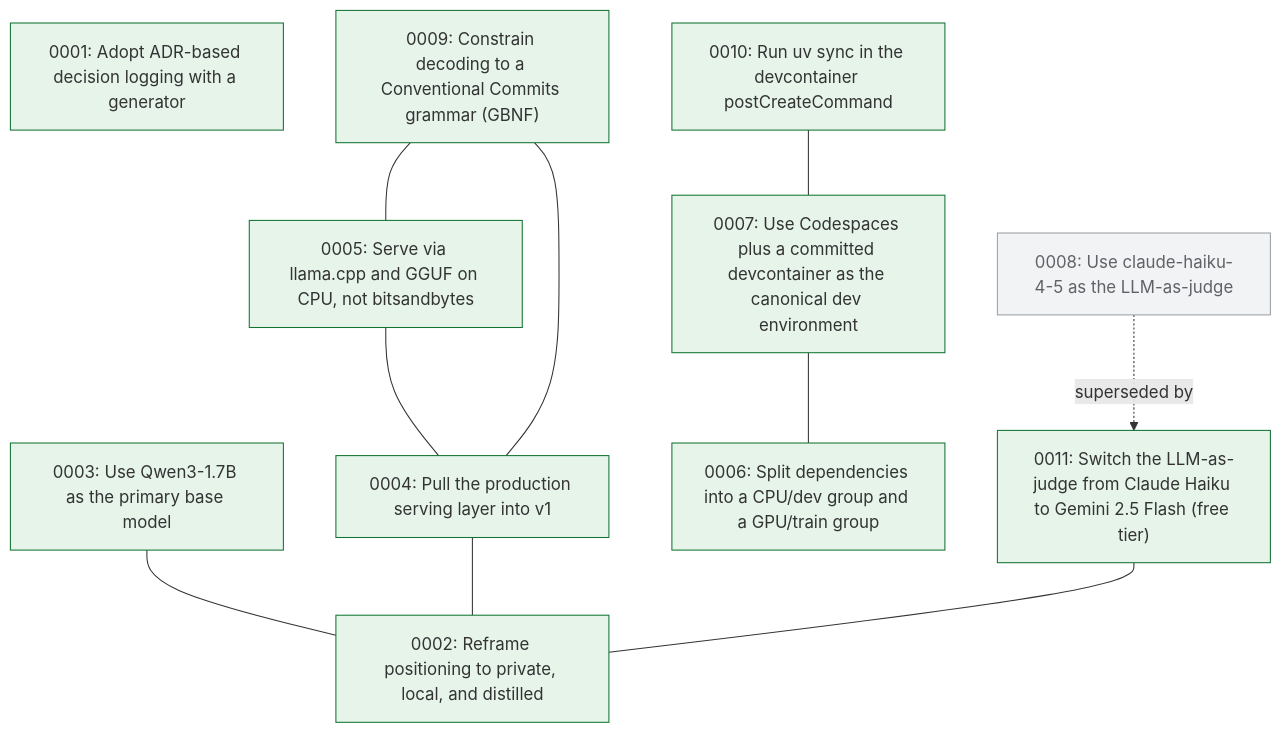
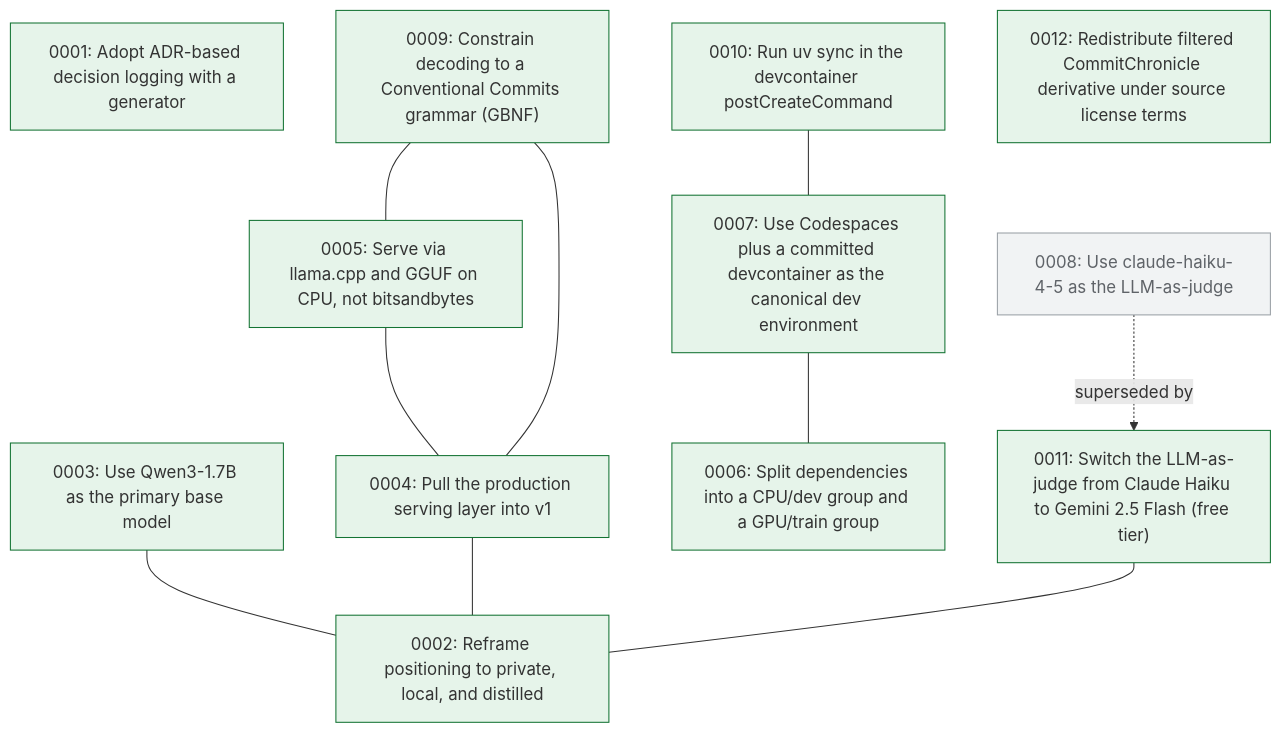
One commit to marzoukbaig14/Committed changed the diagram in docs/decision-tree.md. Above: the diagram before and after it, drawn with Mermaid. The commit also changed 3 other files, not shown here.

Commit message:
docs: log ADR 0012 (redistribute filtered dataset under source license terms)

````diff
--- a/docs/decision-tree.md
+++ b/docs/decision-tree.md
@@ -5,27 +5,28 @@
 ```mermaid
 graph TD
   n0001["0001: Adopt ADR-based decision logging with a generator"]:::accepted
   n0002["0002: Reframe positioning to private, local, and distilled"]:::accepted
   n0003["0003: Use Qwen3-1.7B as the primary base model"]:::accepted
   n0004["0004: Pull the production serving layer into v1"]:::accepted
   n0005["0005: Serve via llama.cpp and GGUF on CPU, not bitsandbytes"]:::accepted
   n0006["0006: Split dependencies into a CPU/dev group and a GPU/train group"]:::accepted
   n0007["0007: Use Codespaces plus a committed devcontainer as the canonical dev environment"]:::accepted
   n0008["0008: Use claude-haiku-4-5 as the LLM-as-judge"]:::superseded
   n0009["0009: Constrain decoding to a Conventional Commits grammar (GBNF)"]:::accepted
   n0010["0010: Run uv sync in the devcontainer postCreateCommand"]:::accepted
   n0011["0011: Switch the LLM-as-judge from Claude Haiku to Gemini 2.5 Flash (free tier)"]:::accepted
+  n0012["0012: Redistribute filtered CommitChronicle derivative under source license terms"]:::accepted
   n0003 --- n0002
   n0004 --- n0002
   n0005 --- n0004
   n0007 --- n0006
   n0009 --- n0004
   n0009 --- n0005
   n0010 --- n0007
   n0008 -. superseded by .-> n0011
   n0011 --- n0002
   classDef proposed fill:#fff7e6,stroke:#d4a017;
   classDef accepted fill:#e6f4ea,stroke:#137333;
   classDef superseded fill:#f1f3f4,stroke:#9aa0a6,color:#5f6368;
   classDef deprecated fill:#fce8e6,stroke:#c5221f,color:#5f6368;
 ```
````
